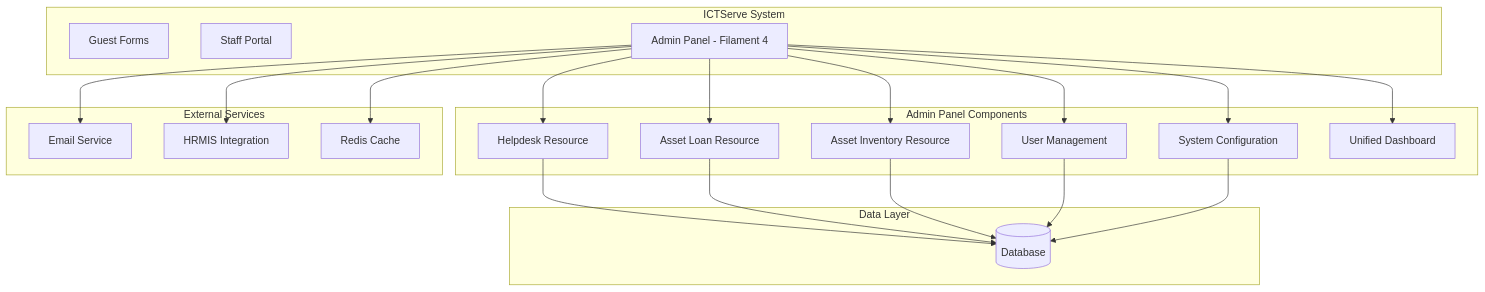
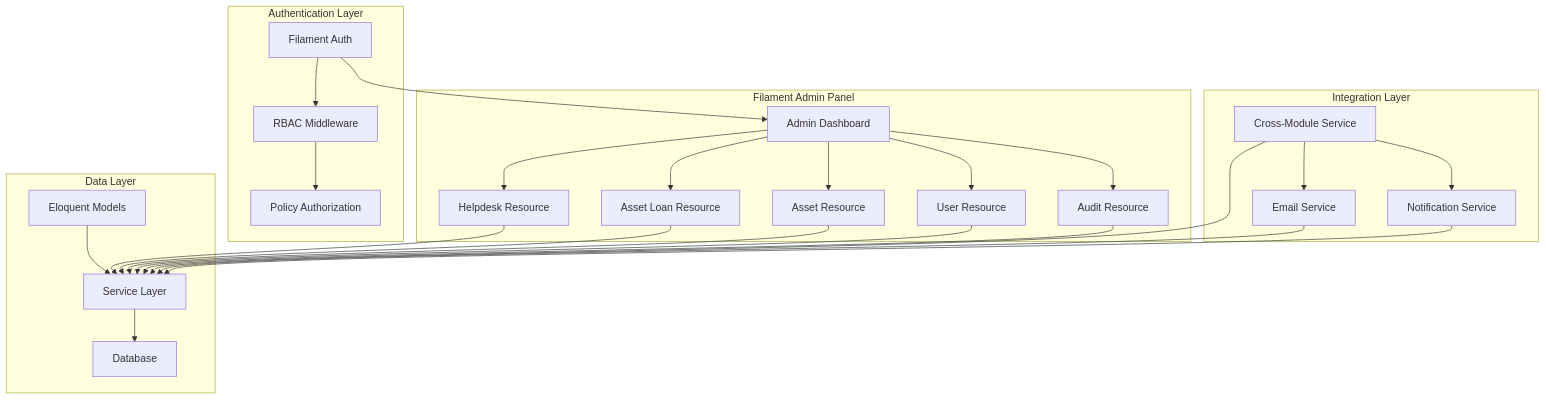
One commit to IzzatFirdaus/ictserve-031125 changed the first of 2 diagrams in .kiro/specs/filament-admin-access/design.md. Above: the diagram before and after it, drawn with Mermaid. The commit also changed other lines of this file and 13 other files, not shown here.

First line of the commit message:
docs: update portal configuration and documentation

````diff
--- a/.kiro/specs/filament-admin-access/design.md
+++ b/.kiro/specs/filament-admin-access/design.md
@@ -32,31 +20,35 @@
 ```mermaid
 graph TB
-    subgraph "ICTServe System"
-        GF[Guest Forms]
-        SP[Staff Portal]
-        AP[Admin Panel - Filament 4]
+    subgraph "Filament Admin Panel"
+        A[Admin Dashboard] --> B[Helpdesk Resource]
+        A --> C[Asset Loan Resource]
+        A --> D[Asset Resource]
+        A --> E[User Resource]
+        A --> F[Audit Resource]
     end
-    
-    subgraph "Admin Panel Components"
-        AP --> HD[Helpdesk Resource]
-        AP --> AL[Asset Loan Resource]
-        AP --> AI[Asset Inventory Resource]
-        AP --> UM[User Management]
-        AP --> SC[System Configuration]
-        AP --> UD[Unified Dashboard]
+
+    subgraph "Authentication Layer"
+        G[Filament Auth] --> H[RBAC Middleware]
+        H --> I[Policy Authorization]
     end
-    
+
     subgraph "Data Layer"
-        HD --> DB[(Database)]
-        AL --> DB
-        AI --> DB
-        UM --> DB
-        SC --> DB
+        J[Eloquent Models] --> K[Service Layer]
+        K --> L[Database]
     end
-    
-    subgraph "External Services"
-        AP --> EMAIL[Email Service]
-        AP --> HRMIS[HRMIS Integration]
-        AP --> REDIS[Redis Cache]
+
+    subgraph "Integration Layer"
+        M[Cross-Module Service] --> N[Email Service]
+        M --> O[Notification Service]
     end
+
+    G --> A
+    B --> K
+    C --> K
+    D --> K
+    E --> K
+    F --> K
+    M --> K
+    N --> K
+    O --> K
 ```
````
